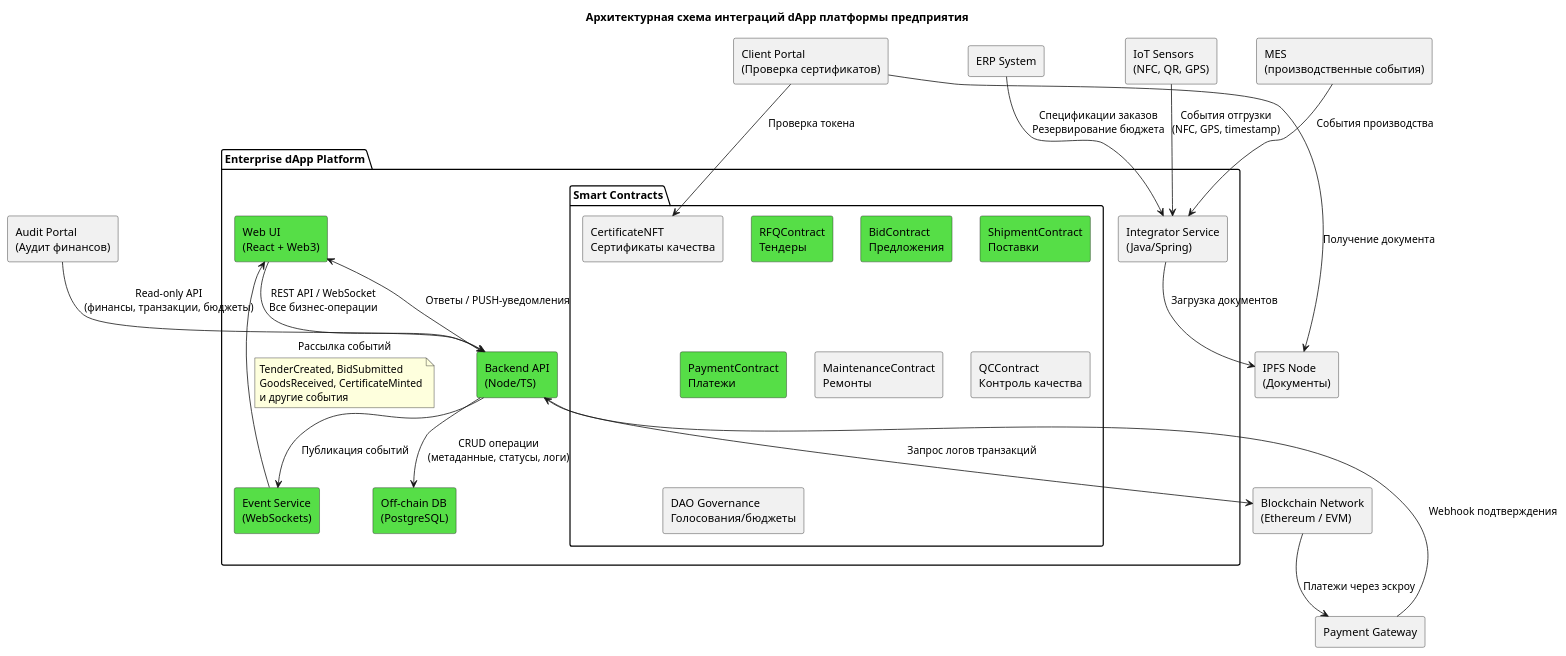
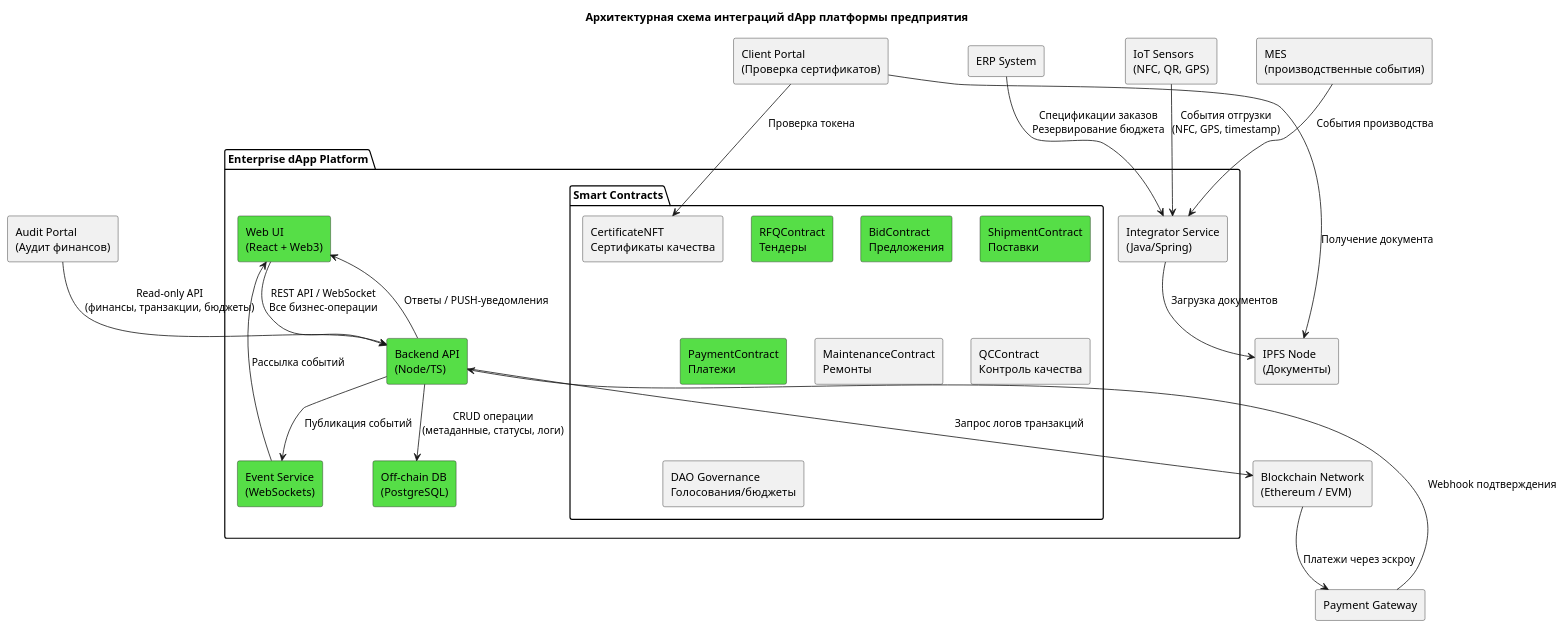
Before and after one commit to Creator148/VKR_auto_factory: the diagram in Диаграммы/Архитектурная диаграмма интеграций.puml, drawn with PlantUML. The commit also changed 4 other files, not shown here.

```diff
--- a/Диаграммы/Архитектурная диаграмма интеграций.puml
+++ b/Диаграммы/Архитектурная диаграмма интеграций.puml
@@ -1,82 +1,78 @@
 @startuml
 title Архитектурная схема интеграций dApp платформы предприятия
 
 skinparam componentStyle rectangle
 skinparam shadowing false
 
 ' === ВНЕШНИЕ СИСТЕМЫ ===
 component "ERP System" as ERP
 component "IoT Sensors\n(NFC, QR, GPS)" as IoT
 component "IPFS Node\n(Документы)" as IPFS
 component "Blockchain Network\n(Ethereum / EVM)" as BC
 component "Payment Gateway" as PAY
 component "MES\n(производственные события)" as MES
 component "Client Portal\n(Проверка сертификатов)" as CLIENT
 component "Audit Portal\n(Аудит финансов)" as AUDIT
 
 ' === КЛЮЧЕВЫЕ МОДУЛИ dApp ПЛАТФОРМЫ ===
 package "Enterprise dApp Platform" {
 
   component #56de47 "Web UI\n(React + Web3)" as UI
 
   component #56de47 "Backend API\n(Node/TS)" as BE
   component "Integrator Service\n(Java/Spring)" as INT
   component #56de47 "Event Service\n(WebSockets)" as EVT
 
   component #56de47 "Off-chain DB\n(PostgreSQL)" as DB
 
   package "Smart Contracts" {
     component #56de47 "RFQContract\nТендеры" as SC_RFQ
     component #56de47 "BidContract\nПредложения" as SC_BID
     component #56de47 "ShipmentContract\nПоставки" as SC_SHIP
     component #56de47 "PaymentContract\nПлатежи" as SC_PAY
     component "MaintenanceContract\nРемонты" as SC_MAINT
     component "QCContract\nКонтроль качества" as SC_QC
     component "CertificateNFT\nСертификаты качества" as SC_CERT
     component "DAO Governance\nГолосования/бюджеты" as SC_DAO
   }
 }
 
 ' === ИНТЕГРАЦИОННЫЕ ПОТОКИ ===
 
 ' --- 1. ПОЛЬЗОВАТЕЛЬСКИЙ ИНТЕРФЕЙС ---
 UI --> BE : REST API / WebSocket\nВсе бизнес-операции
 BE --> UI : Ответы / PUSH-уведомления
 
 ' --- 2. БИЗНЕС-ЛОГИКА И ХРАНЕНИЕ ---
 BE --> DB : CRUD операции\n(метаданные, статусы, логи)
 BE --> EVT : Публикация событий
 EVT --> UI : Рассылка событий
 
 ' --- 3. СМАРТ-КОНТРАКТЫ (группировка) ---
-note on link: createTender(), submitBid()\nconfirmShipment(), releasePayment()\nи другие вызовы контрактов
-
-note on link: TenderCreated, BidSubmitted\nGoodsReceived, CertificateMinted\nи другие события
-
 ' --- 4. ИНТЕГРАЦИИ С ВНЕШНИМИ СИСТЕМАМИ ---
 ' Документы
 INT --> IPFS : Загрузка документов
 
 ' ERP
 ERP --> INT : Спецификации заказов\nРезервирование бюджета
 
 ' IoT
 IoT --> INT : События отгрузки\n(NFC, GPS, timestamp)
 
 ' MES
 MES --> INT : События производства
 
 ' --- 5. ПЛАТЕЖИ И БЛОКЧЕЙН ---
 BC --> PAY : Платежи через эскроу
 PAY --> BE : Webhook подтверждения
 
 ' --- 6. ВНЕШНИЙ ДОСТУП ---
 ' Верификация сертификатов
 CLIENT --> SC_CERT : Проверка токена
 CLIENT --> IPFS : Получение документа
 
 ' Аудит
 AUDIT --> BE : Read-only API\n(финансы, транзакции, бюджеты)
 BE --> BC : Запрос логов транзакций
 
 @enduml
```
